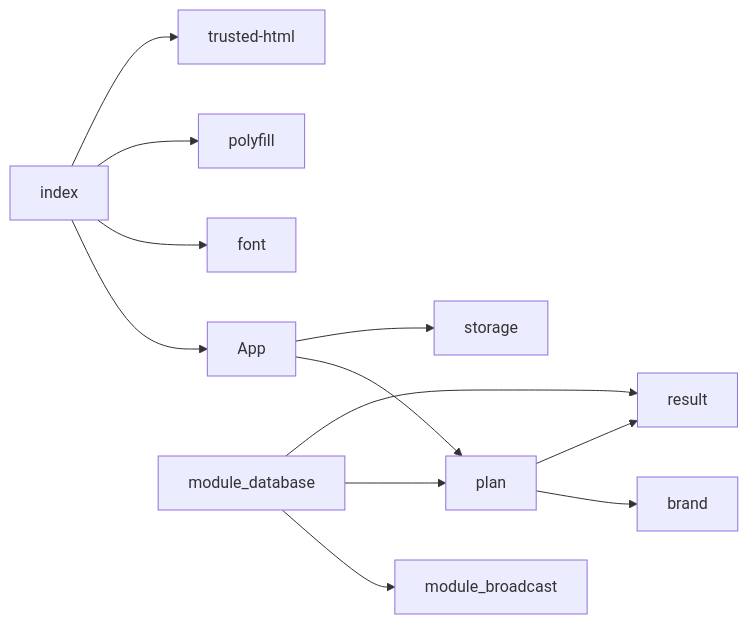
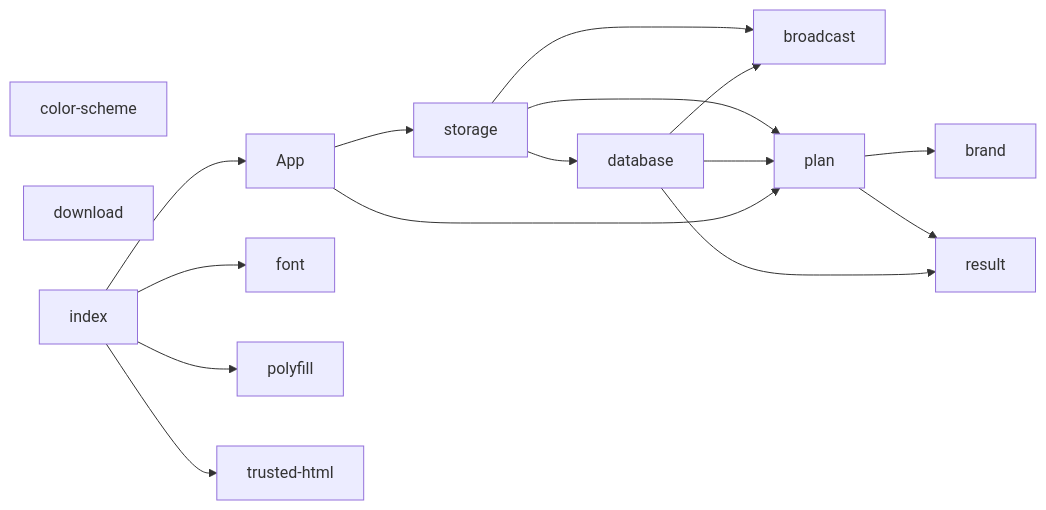
Before and after one commit to SantaClaas/week-budget-planner: the diagram in docs/MODULES.md, drawn with Mermaid. The commit also changed 3 other files, not shown here.

````diff
--- a/docs/MODULES.md
+++ b/docs/MODULES.md
@@ -9,23 +9,30 @@
 ```mermaid
 flowchart LR
   module_App["App"]
   module_brand["brand"]
+  module_broadcast["broadcast"]
+  module_color_scheme["color-scheme"]
+  module_database["database"]
+  module_download["download"]
   module_font["font"]
   module_index["index"]
   module_plan["plan"]
   module_polyfill["polyfill"]
   module_result["result"]
   module_storage["storage"]
   module_trusted_html["trusted-html"]
   module_App --> module_plan
   module_App --> module_storage
   module_database --> module_broadcast
   module_database --> module_plan
   module_database --> module_result
   module_index --> module_App
   module_index --> module_font
   module_index --> module_polyfill
   module_index --> module_trusted_html
   module_plan --> module_brand
   module_plan --> module_result
+  module_storage --> module_broadcast
+  module_storage --> module_database
+  module_storage --> module_plan
 ```
````
